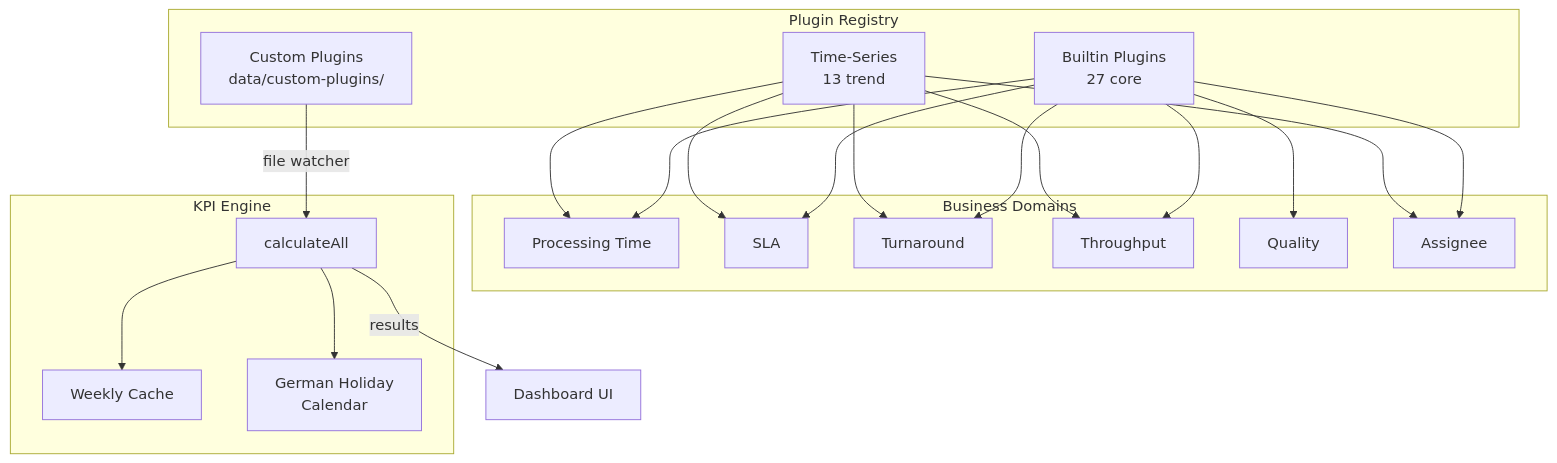
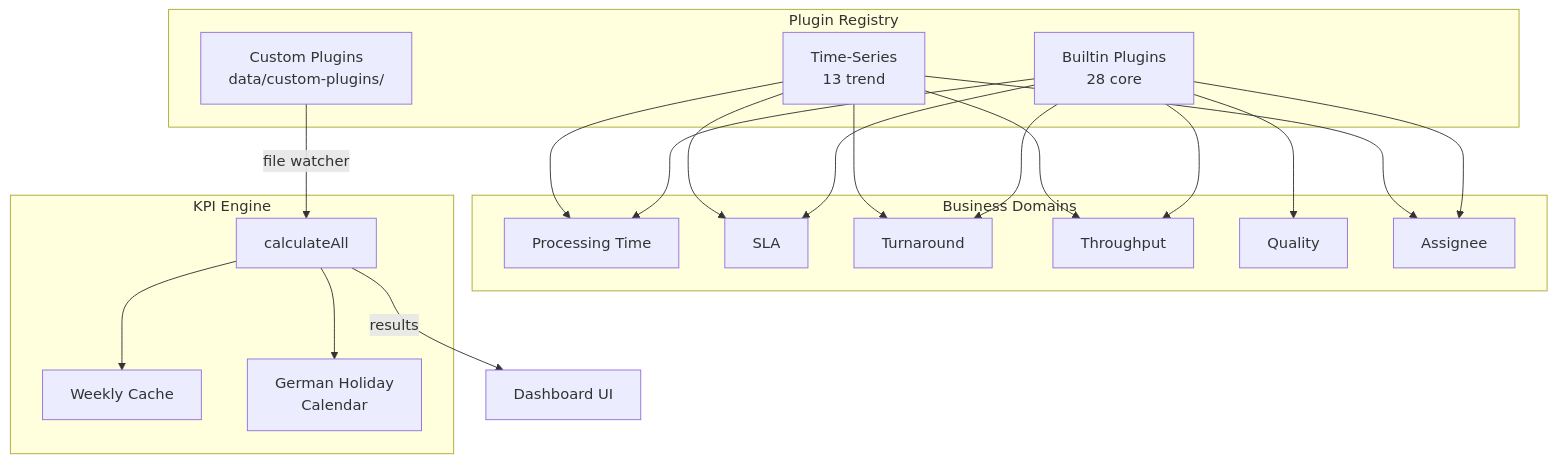
One commit to CJ-1981/jira-etl-dashboard changed the fourth of 4 diagrams in README.md. Above: the diagram before and after it, drawn with Mermaid. The commit also changed other lines of this file and 9 other files, not shown here.

````diff
--- a/README.md
+++ b/README.md
@@ -308,31 +309,31 @@
 ```mermaid
 graph TB
     subgraph Plugins["Plugin Registry"]
-        B[Builtin Plugins<br/>27 core]
+        B[Builtin Plugins<br/>28 core]
         TS[Time-Series<br/>13 trend]
         C[Custom Plugins<br/>data/custom-plugins/]
     end
 
     subgraph Domains["Business Domains"]
         PT[Processing Time]
         SLA[SLA]
         TA[Turnaround]
         TP[Throughput]
         Q[Quality]
         AS[Assignee]
     end
 
     subgraph Engine["KPI Engine"]
         Calc[calculateAll]
         Cache[Weekly Cache]
         Holiday[German Holiday<br/>Calendar]
     end
 
     B --> PT & SLA & TA & TP & Q & AS
     TS --> PT & SLA & TA & TP & AS
     C -->|file watcher| Calc
 
     Calc --> Cache
     Calc --> Holiday
     Calc -->|results| UI[Dashboard UI]
 ```
````
